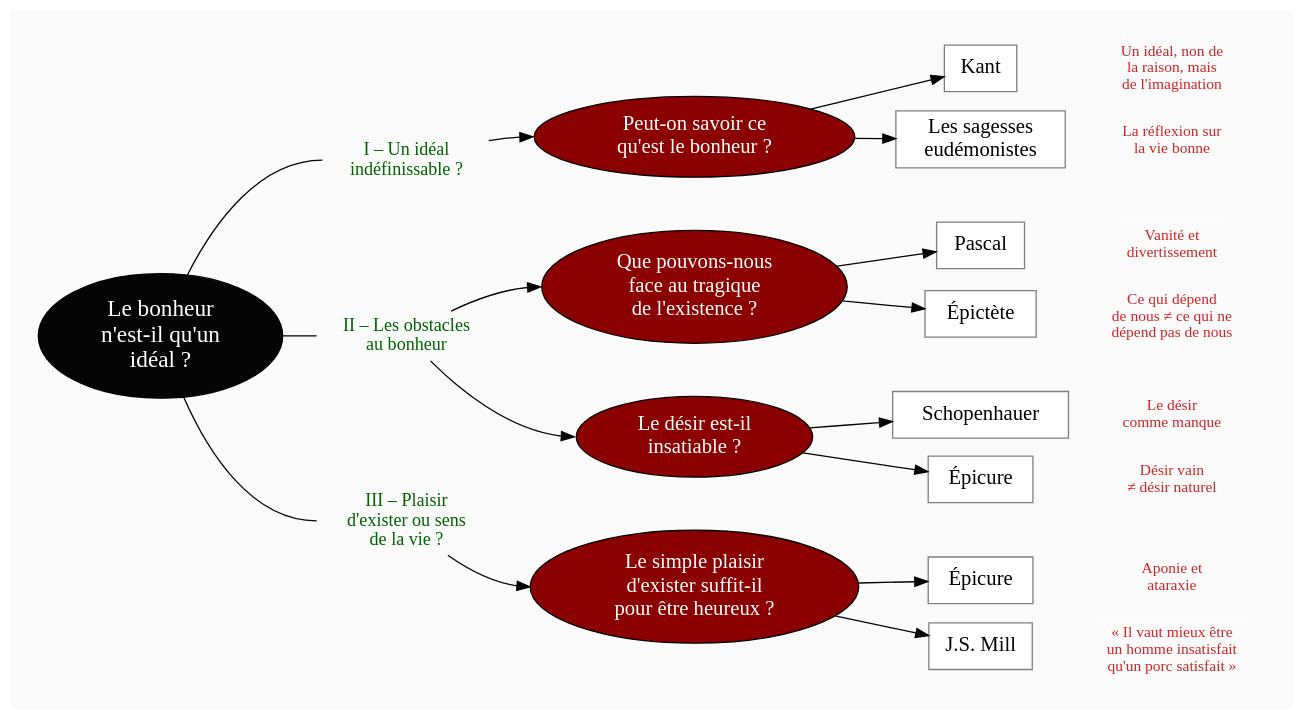
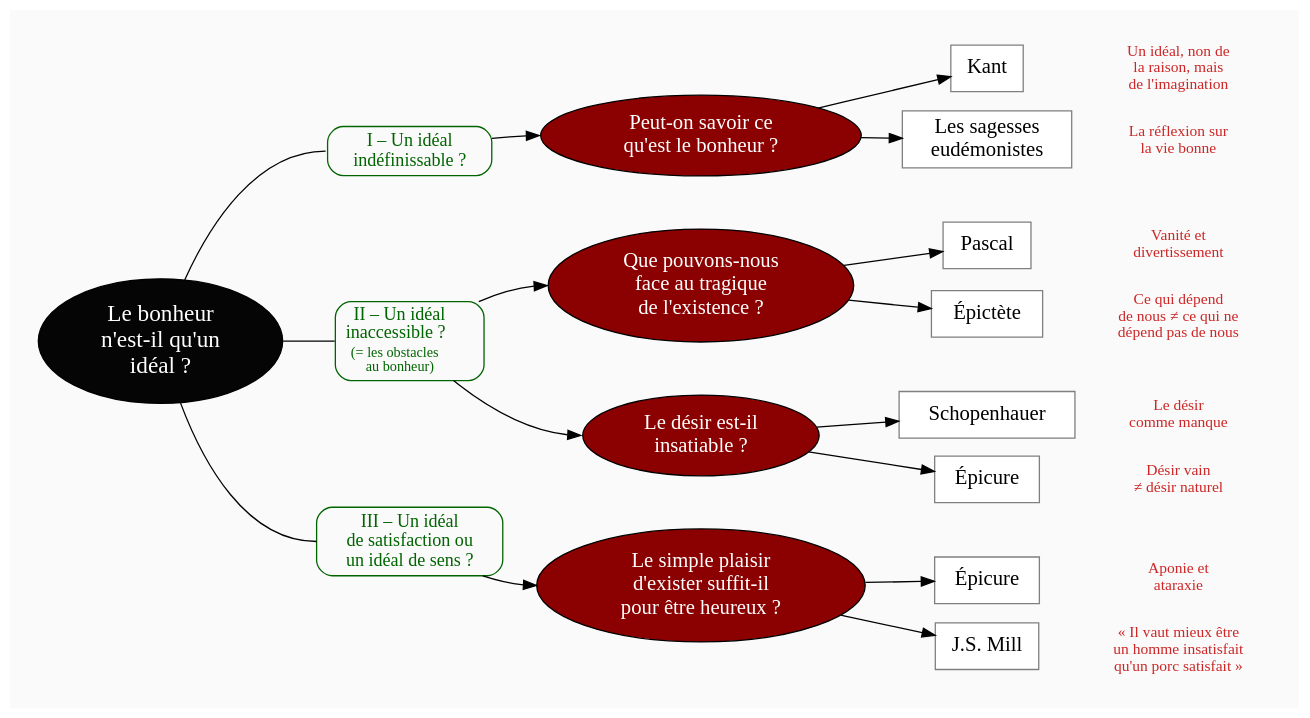
Before and after one commit to eyssette/graphviz-examples: the diagram in plans/plan-cours-details-bonheur.dot, drawn with Graphviz. The commit also changed 1 other file, not shown here.

Commit message:
Update : plan détaillé du cours sur le bonheur

```diff
--- a/plans/plan-cours-details-bonheur.dot
+++ b/plans/plan-cours-details-bonheur.dot
@@ -1,141 +1,144 @@
 digraph G {
 // Template : diagram
 // Usage : 
 rankdir=LR
 splines=true
 //splines=curved
 bgcolor=grey98
 pad=0.3
 style=filled
 edge[minlen=3]
 node[style=filled, fontcolor=white]
 ranksep=0.1
 nodesep=0.2
 
 // NIVEAU 1
 node[fillcolor=grey2, fontsize=18]
 a1[label="Le bonheur
 n'est-il qu'un
 idéal ?"]
 
 // NIVEAU 2
-node[fontsize=14, shape=plaintext, fillcolor=grey98, fontcolor=darkgreen]
+node[fontsize=14, shape=rect, fillcolor=grey98, fontcolor=darkgreen, color=darkgreen, style="filled, rounded"]
 a1->p1[headport=w, arrowhead=none]
 a1->p2[headport=w, arrowhead=none]
 a1->p3[headport=w, arrowhead=none]
 
 p1[label="I – Un idéal
 indéfinissable ?"]
-p2[label="II – Les obstacles
-au bonheur"]
-p3[label="III – Plaisir
-d'exister ou sens
-de la vie ?"]
+p2[label=<II – Un idéal<br/>
+inaccessible ?<br/>
+<font point-size="3"><br/></font>
+<font point-size="11">(= les obstacles<br/>
+au bonheur)</font>>]
+p3[label="III – Un idéal
+de satisfaction ou
+un idéal de sens ?"]
 
 {rank=same;p1->p2->p3[style=invis, minlen=7]}
 
 node[fontcolor=black, fontsize=16]
 // NIVEAU 3 (sans intermédiaire)
 node [shape=box, fillcolor=white, color=grey50]
 // c1[label=""]
 
 
 
 // INTERMÉDIAIRE AVANT NIVEAU 3
-node[fillcolor=red4, shape=oval, fontcolor=white, color=black]
+node[fillcolor=red4, shape=oval, fontcolor=white, color=black, style="filled"]
 // [arrowhead=none]
 // bc1[label=""]
 p1->b1[headport=w]
 p2->b2[headport=w]
 p2->b3[headport=w]
 p3->b4[headport=w]
 b1[label="Peut-on savoir ce
 qu'est le bonheur ?"]    
 b2[label="Que pouvons-nous
 face au tragique
 de l'existence ?"]
 b3[label="Le désir est-il
 insatiable ?"]
 b4[label="Le simple plaisir
 d'exister suffit-il
 pour être heureux ?"]
 
 
 
 
 {rank=same;b1->b2->b3->b4[style=invis, minlen=3]}
 
 // NIVEAU 3 (avec intermédiaire)
 node[fillcolor=white, shape=box, color=grey50, fontcolor=black]
 // c1[label=""]
 b1->{c1,c2}
 c1[label="Kant"]
 c2[label="Les sagesses
 eudémonistes"]
 
 b2->{c3,c4}
 c3[label="Pascal"]
 c4[label="Épictète"]
 
 b3->{c5,c6}
 c5[label="Schopenhauer"]
 c6[label="Épicure"]
 
 b4->{c7,c8}
 c7[label="Épicure"]
 c8[label="J.S. Mill"]
 
 
 {rank=same;c2->c3[style=invis, minlen=3]}
 {rank=same;c4->c5[style=invis, minlen=3]}
 {rank=same;c6->c7[style=invis, minlen=3]}
 
 // NIVEAU 4
 node[style="filled,rounded", fillcolor=white, shape=box, color=grey50]
 // d1[label=""]
 
 
 // ÉTIQUETTES EN ROUGE
 node[shape=plaintext, fontcolor=firebrick3, fillcolor=grey98, fontsize=12]
 // e1[label=< <B>= Titre</B><BR /><BR />Contenu<BR /> >]
 // e1[label=""]
 // ->e1[minlen=1, style=invis]
 
 e1[label="Un idéal, non de
 la raison, mais
 de l'imagination"]
 e2[label="La réflexion sur
 la vie bonne"]
 e3[label="Vanité et
 divertissement"]
 e4[label="Ce qui dépend
 de nous ≠ ce qui ne
 dépend pas de nous"]
 e5[label="Le désir
 comme manque"]
 e6[label="Désir vain
 ≠ désir naturel"]
 e7[label="Aponie et
 ataraxie"]
 e8[label="« Il vaut mieux être
 un homme insatisfait
 qu'un porc satisfait »"]
 
 c1->e1[minlen=1, style=invis]
 c2->e2[minlen=1, style=invis]
 c3->e3[minlen=1, style=invis]
 c4->e4[minlen=1, style=invis]
 c5->e5[minlen=1, style=invis]
 c6->e6[minlen=1, style=invis]
 c7->e7[minlen=1, style=invis]
 c8->e8[minlen=1, style=invis]
 
 
 // REMARQUES EN BLEU
 node[color=blue, shape=box, margin=0.07, fontcolor=black, fontsize=12, style="dashed", penwidth=0.6]
 edge[color=blue, arrowhead="none", xlabel="", style="dashed", penwidth=0.6]
 // r1[label=""]
 // {rank=same;->r1}
 // {rank=same;r1->[dir=back]}
 
 }
```
